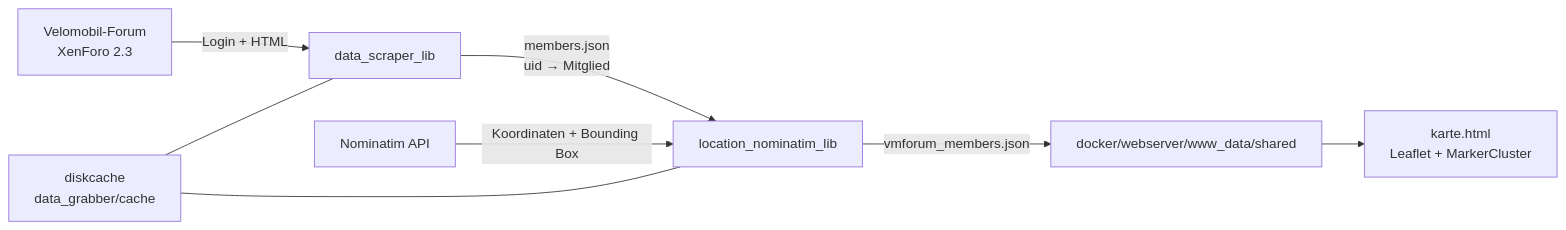
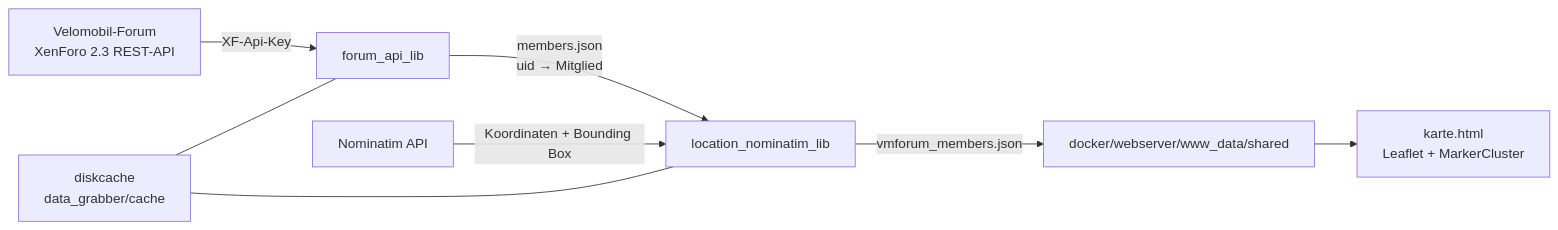
One commit to juefried/vmkarte changed the diagram in DOKUMENTATION.md. Above: the diagram before and after it, drawn with Mermaid. The commit also changed other lines of this file and 18 other files, not shown here.

Commit message:
XenForo-REST-API: Scraper ersetzen, Fahrzeuglabels auflösen

````diff
--- a/DOKUMENTATION.md
+++ b/DOKUMENTATION.md
@@ -94,10 +103,10 @@
 ```mermaid
 flowchart LR
-    A[Velomobil-Forum<br/>XenForo 2.3] -->|Login + HTML| B[data_scraper_lib]
+    A[Velomobil-Forum<br/>XenForo 2.3 REST-API] -->|XF-Api-Key| B[forum_api_lib]
     B -->|members.json<br/>uid → Mitglied| C[location_nominatim_lib]
     D[Nominatim API] -->|Koordinaten + Bounding Box| C
     C -->|vmforum_members.json| E[docker/webserver/www_data/shared]
     E --> F[karte.html<br/>Leaflet + MarkerCluster]
     G[diskcache<br/>data_grabber/cache] --- B
     G --- C
 ```
````
